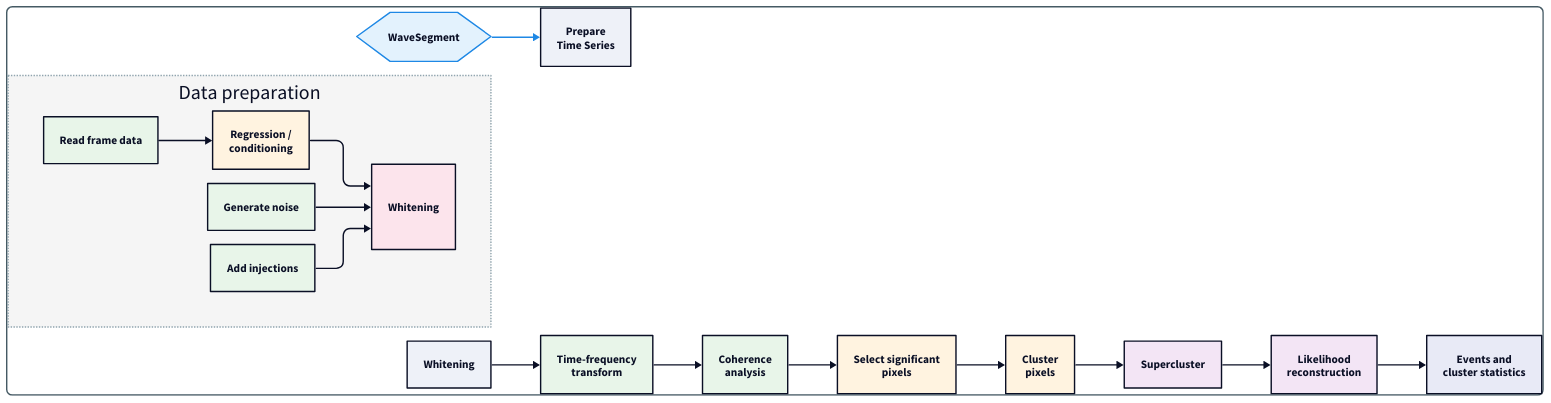
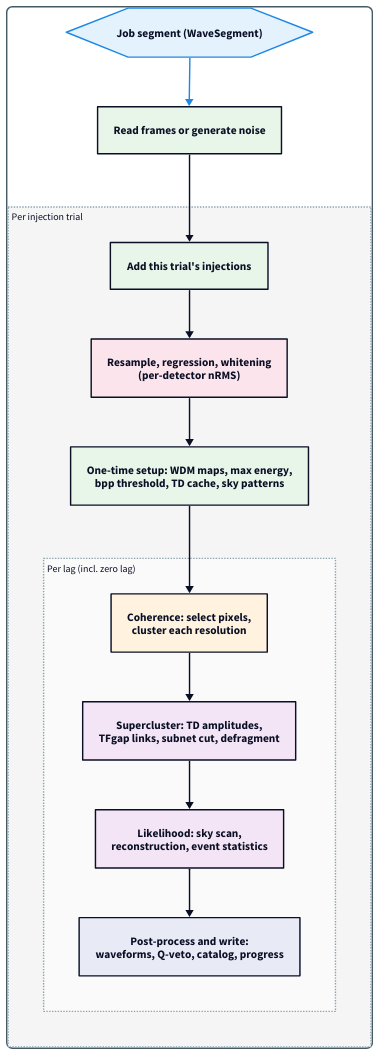
The diagram in docs/source/_static/diagrams/search_pipeline.d2 (PycWB/pycwb), drawn with D2 before and after one commit. The commit also changed 22 other files, not shown here.

Commit message:
docs: refresh workflow diagrams and their renderer

```diff
--- a/docs/source/_static/diagrams/search_pipeline.d2
+++ b/docs/source/_static/diagrams/search_pipeline.d2
@@ -1,53 +1,65 @@
-direction: right
+# Per-job-segment search flow (pipeline_lifecycle.rst).
+# Order follows pycwb/workflow/subflow/process_job_segment_native.py:
+# trials are the outer loop, lags the inner loop.
+direction: down
 
 vars: {
   d2-config: {
     layout-engine: elk
     theme-id: 1
+    pad: 24
   }
 }
 
 style: {
   fill: "#ffffff"
   stroke: "#455a64"
   stroke-width: 2
   border-radius: 8
   font-color: "#263238"
   font-size: 13
   shadow: true
 }
 
-WaveSegment: {
+segment: "Job segment (WaveSegment)" {
+  shape: hexagon
   style.fill: "#e3f2fd"
   style.stroke: "#1e88e5"
 }
-WaveSegment.shape: hexagon
 
-WaveSegment -> "Prepare\nTime Series": {
+load: "Read frames or generate noise" {style.fill: "#e8f5e9"}
+segment -> load: {
   style.stroke: "#1e88e5"
   style.stroke-width: 2
 }
 
-"Data preparation": {
+trial: "Per injection trial" {
+  label.near: top-left
+  style.font-size: 14
   style.fill: "#f5f5f5"
   style.stroke: "#90a4ae"
   style.stroke-dash: 1
-  "Read frame data" -> "Regression /\nconditioning" -> Whitening
-  "Generate noise" -> Whitening
-  "Add injections" -> Whitening
-  "Read frame data".style.fill: "#e8f5e9"
-  "Regression /\nconditioning".style.fill: "#fff3e0"
-  Whitening.style.fill: "#fce4ec"
-  "Generate noise".style.fill: "#e8f5e9"
-  "Add injections".style.fill: "#e8f5e9"
+
+  inject: "Add this trial's injections" {style.fill: "#e8f5e9"}
+  condition: "Resample, regression, whitening\n(per-detector nRMS)" {style.fill: "#fce4ec"}
+  setup: "One-time setup: WDM maps, max energy,\nbpp threshold, TD cache, sky patterns" {style.fill: "#e8f5e9"}
+  inject -> condition -> setup
+
+  lag: "Per lag (incl. zero lag)" {
+    label.near: top-left
+    style.font-size: 14
+    style.fill: "#fafafa"
+    style.stroke: "#90a4ae"
+    style.stroke-dash: 1
+
+    coherence: "Coherence: select pixels,\ncluster each resolution" {style.fill: "#fff3e0"}
+    supercluster: "Supercluster: TD amplitudes,\nTFgap links, subnet cut, defragment" {style.fill: "#f3e5f5"}
+    likelihood: "Likelihood: sky scan,\nreconstruction, event statistics" {style.fill: "#f3e5f5"}
+    output: "Post-process and write:\nwaveforms, Q-veto, catalog, progress" {style.fill: "#e8eaf6"}
+    coherence -> supercluster -> likelihood -> output
+  }
+
+  setup -> lag.coherence
 }
 
-Whitening -> "Time-frequency\ntransform" -> "Coherence\nanalysis" -> "Select significant\npixels" -> "Cluster\npixels" -> Supercluster -> "Likelihood\nreconstruction" -> "Events and\ncluster statistics"
-
-"Time-frequency\ntransform".style.fill: "#e8f5e9"
-"Coherence\nanalysis".style.fill: "#e8f5e9"
-"Select significant\npixels".style.fill: "#fff3e0"
-"Cluster\npixels".style.fill: "#fff3e0"
-Supercluster.style.fill: "#f3e5f5"
-"Likelihood\nreconstruction".style.fill: "#f3e5f5"
-"Events and\ncluster statistics".style.fill: "#e8eaf6"
+load -> trial.inject
```
